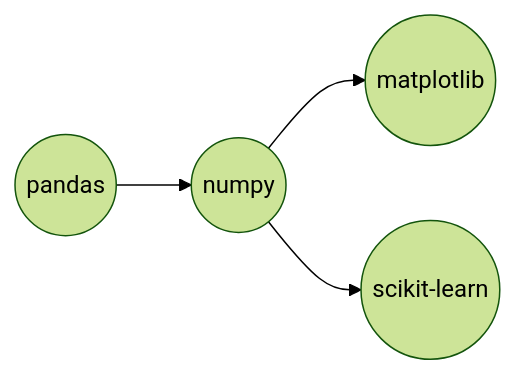
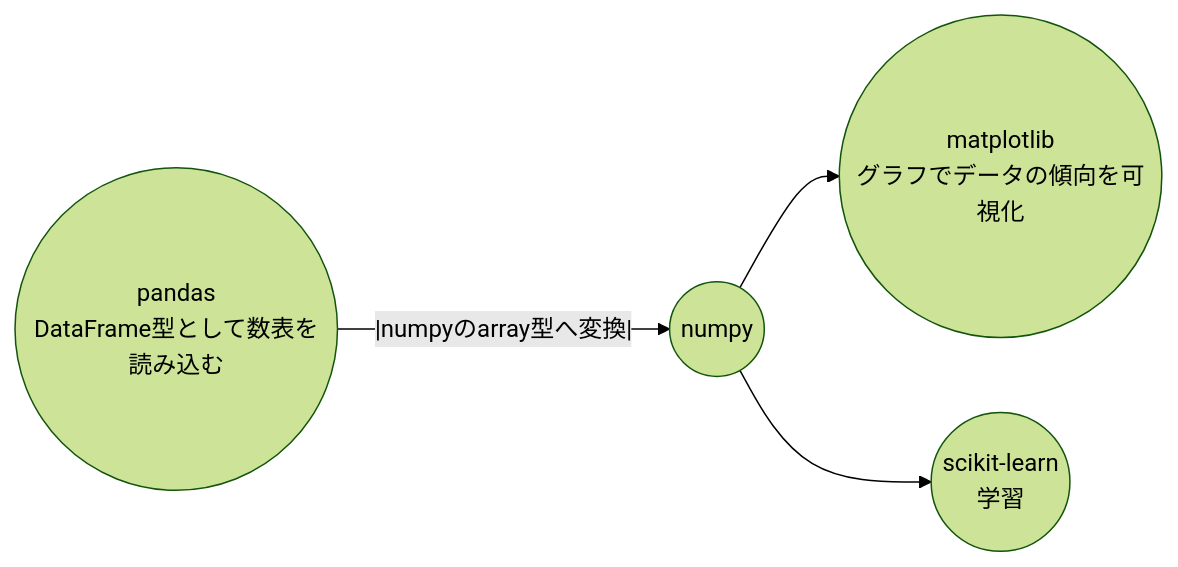
Before and after one commit to FukeKazki/boilerplate: the diagram in source/2020-03-15.md, drawn with Mermaid (forest theme).

````diff
--- a/source/2020-03-15.md
+++ b/source/2020-03-15.md
@@ -23,6 +23,6 @@
 ```mermaid,autorun
 graph LR
-    id1((pandas)) --> id2((numpy))
-    id2 --> id3((matplotlib))
-    id2 --> id4((scikit-learn))
+    id1((pandas<br>DataFrame型として数表を読み込む)) --|numpyのarray型へ変換|--> id2((numpy))
+    id2 --> id3((matplotlib<br>グラフでデータの傾向を可視化))
+    id2 --> id4((scikit-learn<br>学習))
 ```
````
